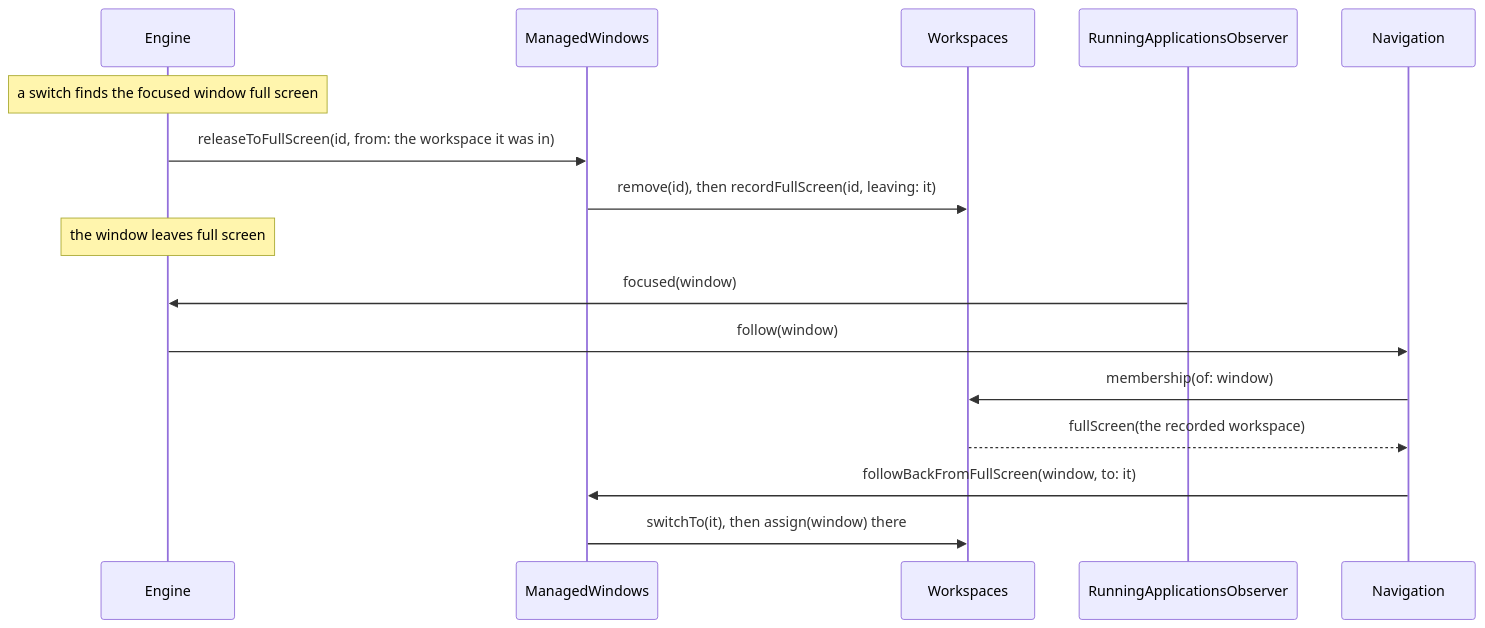
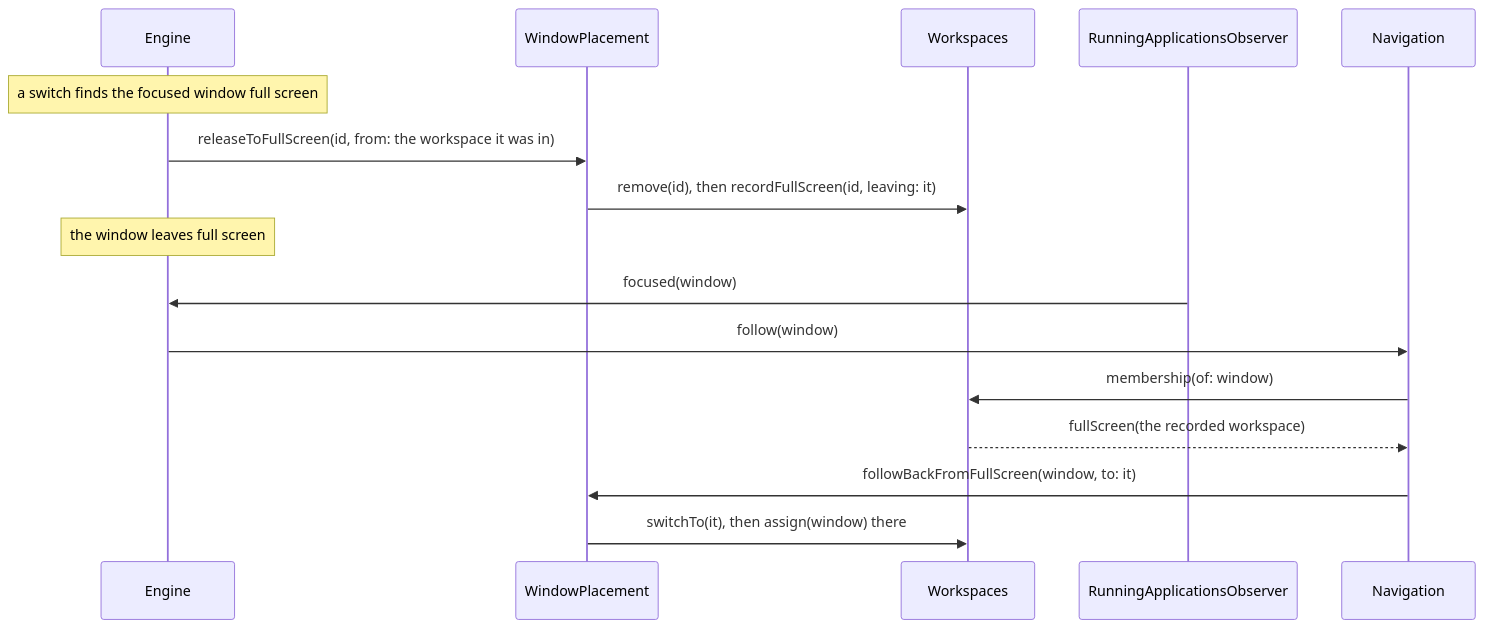
One commit to brennovich/ottowm changed diagram 13 of 19 in ARCHITECTURE.md. Above: the diagram before and after it, drawn with Mermaid. The commit also changed other lines of this file and 11 other files, not shown here.

First line of the commit message:
Rename ManagedWindows to WindowPlacement

````diff
--- a/ARCHITECTURE.md
+++ b/ARCHITECTURE.md
@@ -331,13 +331,13 @@
 ```mermaid
 sequenceDiagram
     Note over Engine: a switch finds the focused window full screen
-    Engine->>ManagedWindows: releaseToFullScreen(id, from: the workspace it was in)
-    ManagedWindows->>Workspaces: remove(id), then recordFullScreen(id, leaving: it)
+    Engine->>WindowPlacement: releaseToFullScreen(id, from: the workspace it was in)
+    WindowPlacement->>Workspaces: remove(id), then recordFullScreen(id, leaving: it)
     Note over Engine: the window leaves full screen
     RunningApplicationsObserver->>Engine: focused(window)
     Engine->>Navigation: follow(window)
     Navigation->>Workspaces: membership(of: window)
     Workspaces-->>Navigation: fullScreen(the recorded workspace)
-    Navigation->>ManagedWindows: followBackFromFullScreen(window, to: it)
-    ManagedWindows->>Workspaces: switchTo(it), then assign(window) there
+    Navigation->>WindowPlacement: followBackFromFullScreen(window, to: it)
+    WindowPlacement->>Workspaces: switchTo(it), then assign(window) there
 ```
````
